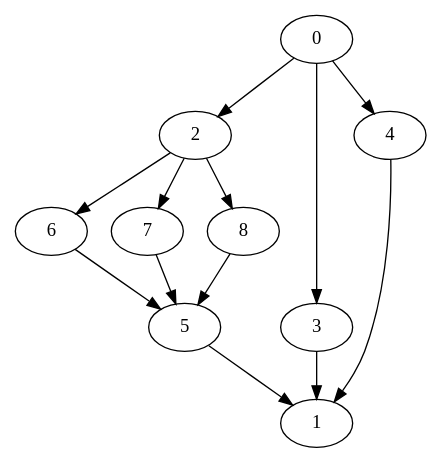
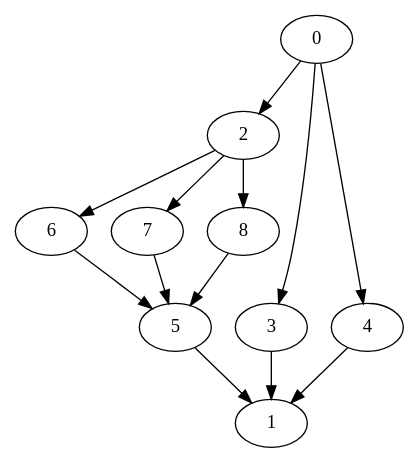
One commit to Jordanwmk/Paralex changed the diagram in src/input9.dot. Above: the diagram before and after it, drawn with Graphviz. The commit also changed 7 other files, not shown here.

```diff
--- a/src/input9.dot
+++ b/src/input9.dot
@@ -1,23 +1,23 @@
-digraph "SeriesParallel-MaxBf-3_Nodes_9_CCR_10.0_WeightType_Random" {
-	0	 [Weight=10];
-	2	 [Weight=6];
-	0 -> 2	 [Weight=51];
-	3	 [Weight=7];
-	0 -> 3	 [Weight=22];
-	4	 [Weight=5];
-	0 -> 4	 [Weight=44];
-	1	 [Weight=7];
-	6	 [Weight=2];
-	2 -> 6	 [Weight=59];
-	7	 [Weight=2];
-	2 -> 7	 [Weight=15];
-	8	 [Weight=7];
-	2 -> 8	 [Weight=59];
-	3 -> 1	 [Weight=59];
-	4 -> 1	 [Weight=66];
-	5	 [Weight=9];
-	5 -> 1	 [Weight=37];
-	6 -> 5	 [Weight=22];
-	7 -> 5	 [Weight=59];
-	8 -> 5	 [Weight=59];
+digraph "SeriesParallel-MaxBf-3_Nodes_9_CCR_10.0_weightType_Random" {
+	0	 [weight="10"];
+	2	 [weight="6"];
+	0 -> 2	 [weight="51"];
+	3	 [weight="7"];
+	0 -> 3	 [weight="22"];
+	4	 [weight="5"];
+	0 -> 4	 [weight="44"];
+	1	 [weight="7"];
+	6	 [weight="2"];
+	2 -> 6	 [weight="59"];
+	7	 [weight="2"];
+	2 -> 7	 [weight="15"];
+	8	 [weight="7"];
+	2 -> 8	 [weight="59"];
+	3 -> 1	 [weight="59"];
+	4 -> 1	 [weight="66"];
+	5	 [weight="9"];
+	5 -> 1	 [weight="37"];
+	6 -> 5	 [weight="22"];
+	7 -> 5	 [weight="59"];
+	8 -> 5	 [weight="59"];
 }
```
